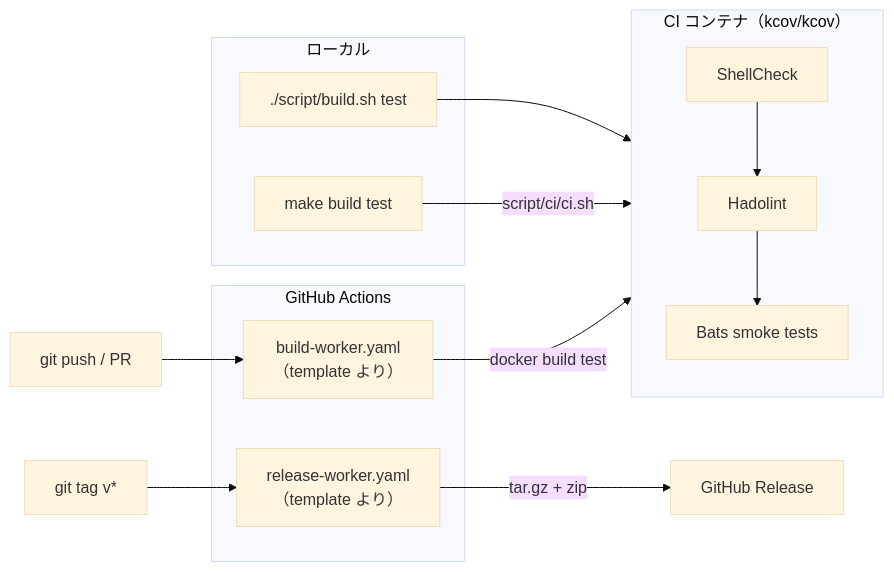
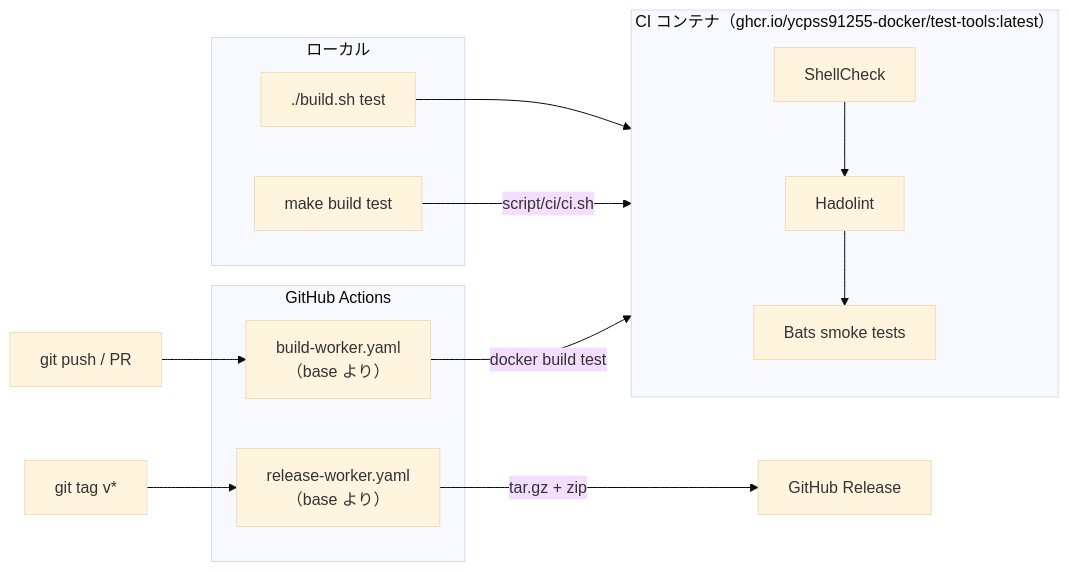
The second of 2 diagrams in doc/readme/README.ja.md (ycpss91255-docker/base), drawn with Mermaid (base theme) before and after one commit. The commit also changed other lines of this file and 4 other files, not shown here.

````diff
--- a/doc/readme/README.ja.md
+++ b/doc/readme/README.ja.md
@@ -81,27 +81,27 @@
 ```mermaid
 flowchart LR
     subgraph local["ローカル"]
-        build_test["./script/build.sh test"]
+        build_test["./build.sh test"]
         make_test["make build test"]
     end
 
-    subgraph ci_container["CI コンテナ（kcov/kcov）"]
+    subgraph ci_container["CI コンテナ（ghcr.io/ycpss91255-docker/test-tools:latest）"]
         shellcheck["ShellCheck"]
         hadolint["Hadolint"]
         bats["Bats smoke tests"]
     end
 
     subgraph github["GitHub Actions"]
-        build_worker["build-worker.yaml<br/>（template より）"]
-        release_worker["release-worker.yaml<br/>（template より）"]
+        build_worker["build-worker.yaml<br/>（base より）"]
+        release_worker["release-worker.yaml<br/>（base より）"]
     end
 
     build_test --> ci_container
     make_test -->|"script/ci/ci.sh"| ci_container
     shellcheck --> hadolint --> bats
 
     push["git push / PR"] --> build_worker
     build_worker -->|"docker build test"| ci_container
     tag["git tag v*"] --> release_worker
     release_worker -->|"tar.gz + zip"| release["GitHub Release"]
 ```
````
